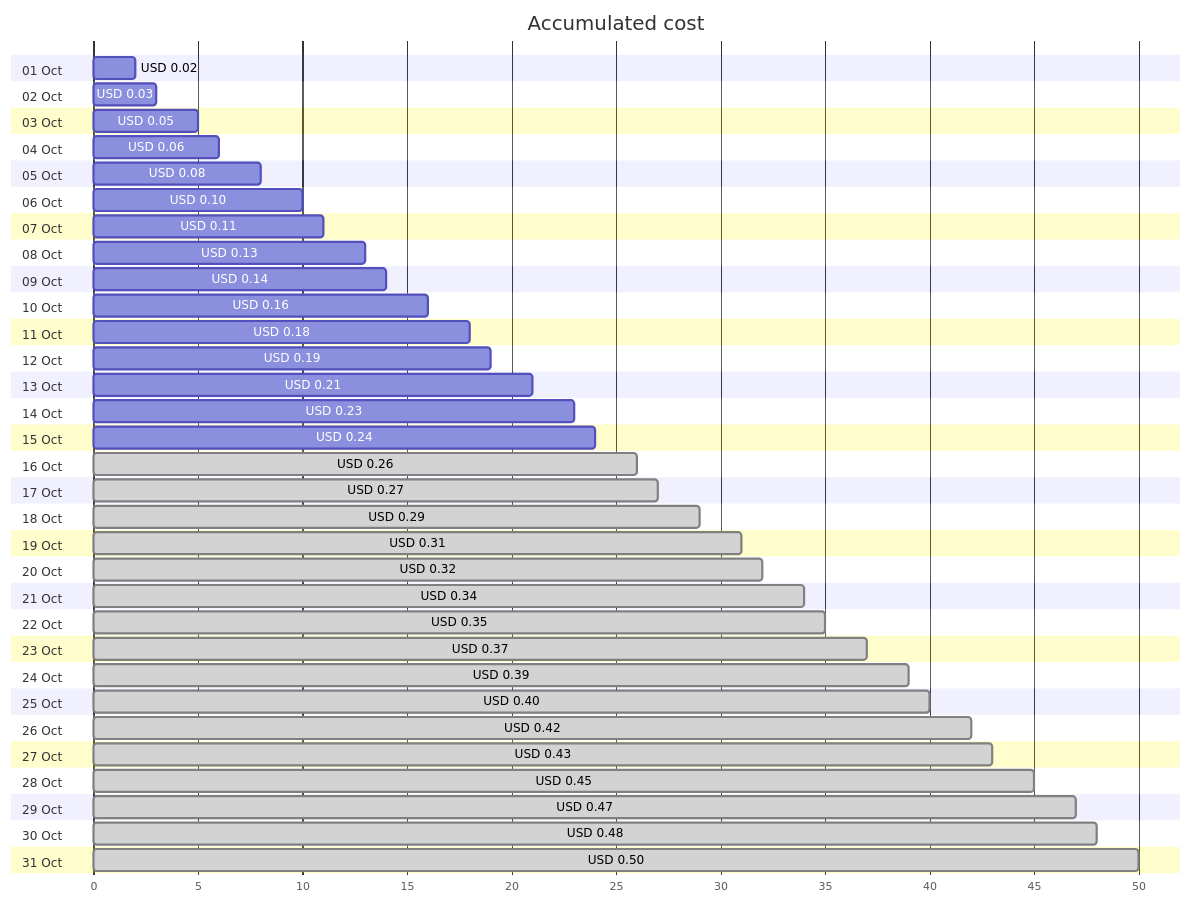
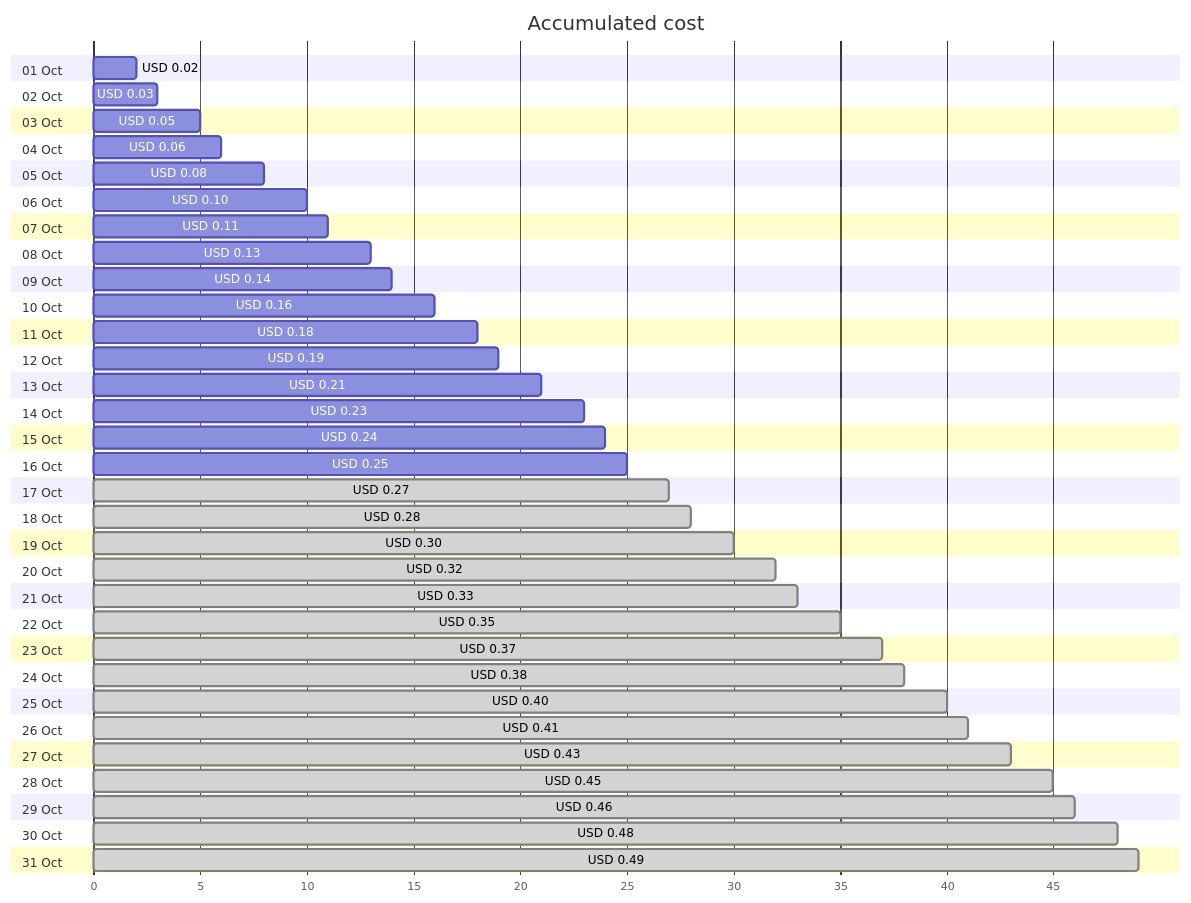
Before and after one commit to jpfulton/azure-personal-reports: the first of 4 diagrams in cost-reports/personal-network/private.jpatrickfulton.com.md, drawn with Mermaid. The commit also changed other lines of this file and 8 other files, not shown here.

````diff
--- a/cost-reports/personal-network/private.jpatrickfulton.com.md
+++ b/cost-reports/personal-network/private.jpatrickfulton.com.md
@@ -20,68 +20,68 @@
 ```mermaid
 gantt
    title Accumulated cost
    dateFormat  X
    axisFormat %s
    section 01 Oct
    USD 0.02 :0, 2
    section 02 Oct
    USD 0.03 :0, 3
    section 03 Oct
    USD 0.05 :0, 5
    section 04 Oct
    USD 0.06 :0, 6
    section 05 Oct
    USD 0.08 :0, 8
    section 06 Oct
    USD 0.10 :0, 10
    section 07 Oct
    USD 0.11 :0, 11
    section 08 Oct
    USD 0.13 :0, 13
    section 09 Oct
    USD 0.14 :0, 14
    section 10 Oct
    USD 0.16 :0, 16
    section 11 Oct
    USD 0.18 :0, 18
    section 12 Oct
    USD 0.19 :0, 19
    section 13 Oct
    USD 0.21 :0, 21
    section 14 Oct
    USD 0.23 :0, 23
    section 15 Oct
    USD 0.24 :0, 24
    section 16 Oct
-   USD 0.26 : done, 0, 26
+   USD 0.25 :0, 25
    section 17 Oct
    USD 0.27 : done, 0, 27
    section 18 Oct
-   USD 0.29 : done, 0, 29
+   USD 0.28 : done, 0, 28
    section 19 Oct
-   USD 0.31 : done, 0, 31
+   USD 0.30 : done, 0, 30
    section 20 Oct
    USD 0.32 : done, 0, 32
    section 21 Oct
-   USD 0.34 : done, 0, 34
+   USD 0.33 : done, 0, 33
    section 22 Oct
    USD 0.35 : done, 0, 35
    section 23 Oct
    USD 0.37 : done, 0, 37
    section 24 Oct
-   USD 0.39 : done, 0, 39
+   USD 0.38 : done, 0, 38
    section 25 Oct
    USD 0.40 : done, 0, 40
    section 26 Oct
-   USD 0.42 : done, 0, 42
+   USD 0.41 : done, 0, 41
    section 27 Oct
    USD 0.43 : done, 0, 43
    section 28 Oct
    USD 0.45 : done, 0, 45
    section 29 Oct
-   USD 0.47 : done, 0, 47
+   USD 0.46 : done, 0, 46
    section 30 Oct
    USD 0.48 : done, 0, 48
    section 31 Oct
-   USD 0.50 : done, 0, 50
+   USD 0.49 : done, 0, 49
 ```
````
